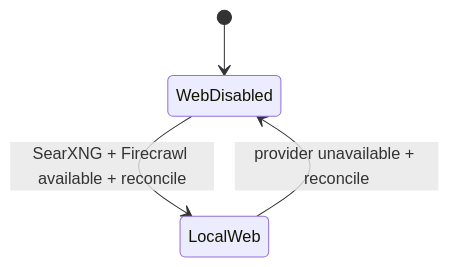
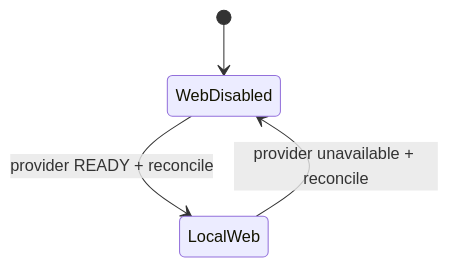
Before and after one commit to ea1het/local_hybrid_ai: the second of 2 diagrams in stack2_-_searxng_firecrawl/README.md, drawn with Mermaid. The commit also changed other lines of this file, not shown here.

````diff
--- a/stack2_-_searxng_firecrawl/README.md
+++ b/stack2_-_searxng_firecrawl/README.md
@@ -73,6 +94,6 @@
 ```mermaid
 stateDiagram-v2
     [*] --> WebDisabled
-    WebDisabled --> LocalWeb: SearXNG + Firecrawl available + reconcile
+    WebDisabled --> LocalWeb: provider READY + reconcile
     LocalWeb --> WebDisabled: provider unavailable + reconcile
 ```
````
